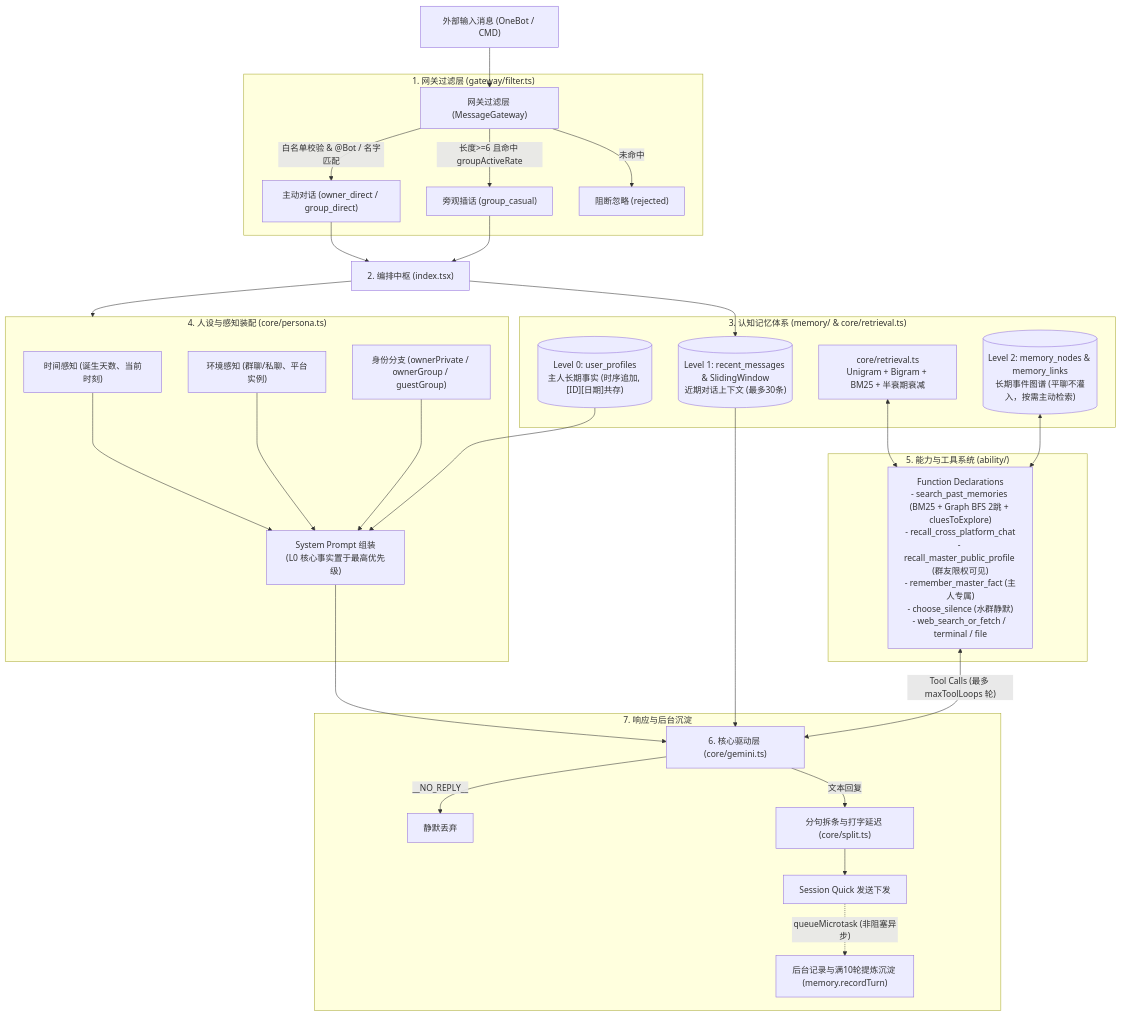
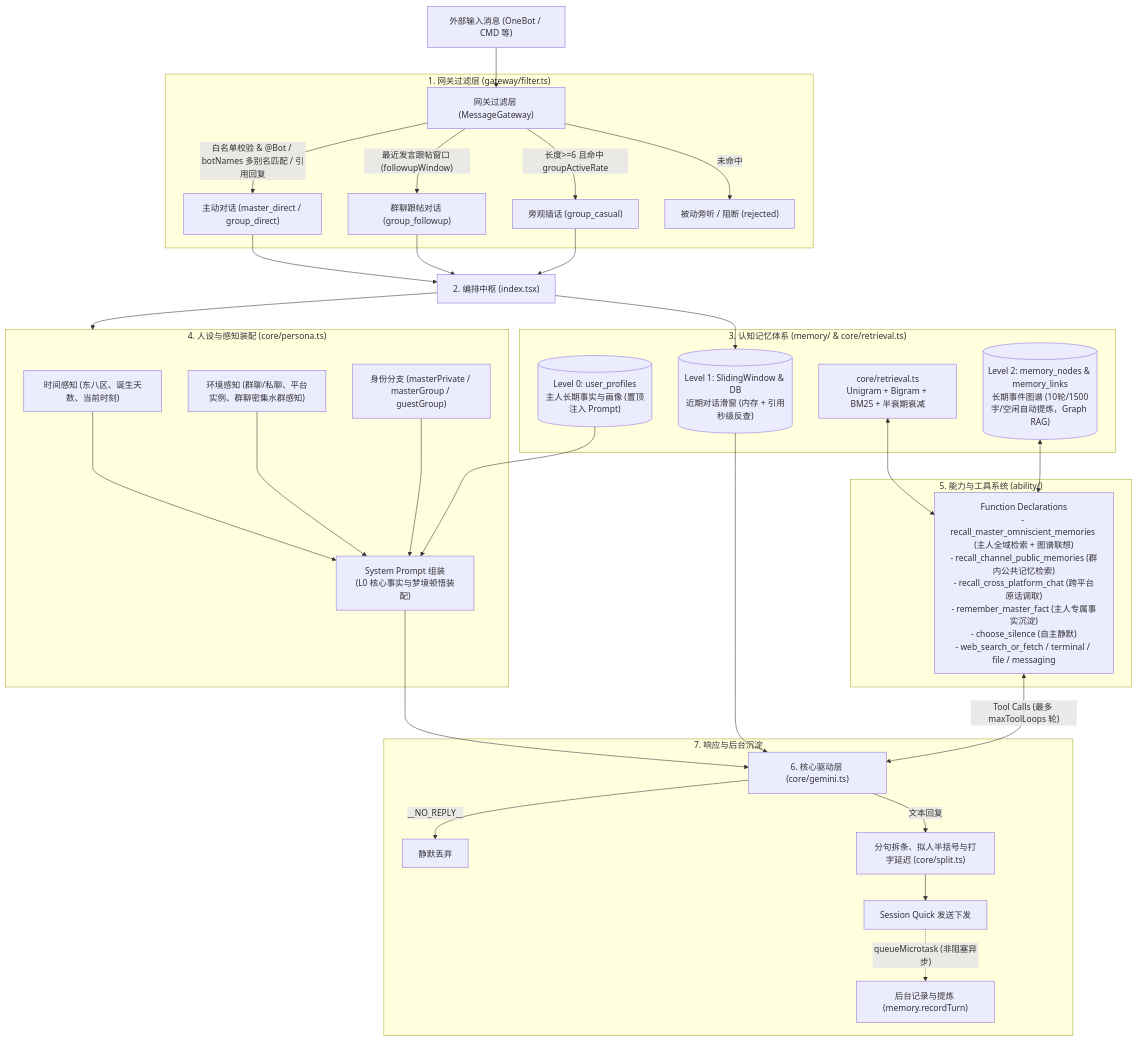
One commit to biyuehu/animaone changed the diagram in README.md. Above: the diagram before and after it, drawn with Mermaid. The commit also changed other lines of this file and 2 other files, not shown here.

Commit message:
docs: sync architectural specs, update README, and track negative timeout warning

````diff
--- a/README.md
+++ b/README.md
@@ -9,52 +9,54 @@
 ```mermaid
 flowchart TD
-    Msg["外部输入消息 (OneBot / CMD)"] --> GW["网关过滤层 (MessageGateway)"]
+    Msg["外部输入消息 (OneBot / CMD 等)"] --> GW["网关过滤层 (MessageGateway)"]
 
     subgraph Gateway["1. 网关过滤层 (gateway/filter.ts)"]
-        GW -->|"白名单校验 & @Bot / 名字匹配"| Direct["主动对话 (owner_direct / group_direct)"]
+        GW -->|"白名单校验 & @Bot / botNames 多别名匹配 / 引用回复"| Direct["主动对话 (master_direct / group_direct)"]
+        GW -->|"最近发言跟帖窗口 (followupWindow)"| Followup["群聊跟帖对话 (group_followup)"]
         GW -->|"长度>=6 且命中 groupActiveRate"| Casual["旁观插话 (group_casual)"]
-        GW -->|"未命中"| Reject["阻断忽略 (rejected)"]
+        GW -->|"未命中"| Reject["被动旁听 / 阻断 (rejected)"]
     end
 
     Direct --> Core["2. 编排中枢 (index.tsx)"]
+    Followup --> Core
     Casual --> Core
 
     subgraph MemoryLayer["3. 认知记忆体系 (memory/ & core/retrieval.ts)"]
-        L0[("Level 0: user_profiles<br/>主人长期事实 (时序追加, [ID][日期]共存)")]
-        L1[("Level 1: recent_messages & SlidingWindow<br/>近期对话上下文 (最多30条)")]
-        L2[("Level 2: memory_nodes & memory_links<br/>长期事件图谱 (平聊不灌入，按需主动检索)")]
+        L0[("Level 0: user_profiles<br/>主人长期事实与画像 (置顶注入 Prompt)")]
+        L1[("Level 1: SlidingWindow & DB<br/>近期对话滑窗 (内存 + 引用秒级反查)")]
+        L2[("Level 2: memory_nodes & memory_links<br/>长期事件图谱 (10轮/1500字/空闲自动提炼，Graph RAG)")]
         BM25["core/retrieval.ts<br/>Unigram + Bigram + BM25 + 半衰期衰减"]
     end
 
     subgraph Persona["4. 人设与感知装配 (core/persona.ts)"]
-        SysTime["时间感知 (诞生天数、当前时刻)"]
-        Env["环境感知 (群聊/私聊、平台实例)"]
-        Identity["身份分支 (ownerPrivate / ownerGroup / guestGroup)"]
-        Prompt["System Prompt 组装<br/>(L0 核心事实置于最高优先级)"]
+        SysTime["时间感知 (东八区、诞生天数、当前时刻)"]
+        Env["环境感知 (群聊/私聊、平台实例、群聊密集水群感知)"]
+        Identity["身份分支 (masterPrivate / masterGroup / guestGroup)"]
+        Prompt["System Prompt 组装<br/>(L0 核心事实与梦境顿悟装配)"]
 
         SysTime --> Prompt
         Env --> Prompt
         Identity --> Prompt
         L0 --> Prompt
     end
 
     Core --> Persona
     Core --> L1
 
     subgraph Ability["5. 能力与工具系统 (ability/)"]
-        Tools["Function Declarations<br/>- search_past_memories (BM25 + Graph BFS 2跳 + cluesToExplore)<br/>- recall_cross_platform_chat<br/>- recall_master_public_profile (群友限权可见)<br/>- remember_master_fact (主人专属)<br/>- choose_silence (水群静默)<br/>- web_search_or_fetch / terminal / file"]
+        Tools["Function Declarations<br/>- recall_master_omniscient_memories (主人全域检索 + 图谱联想)<br/>- recall_channel_public_memories (群内公共记忆检索)<br/>- recall_cross_platform_chat (跨平台原话调取)<br/>- remember_master_fact (主人专属事实沉淀)<br/>- choose_silence (自主静默)<br/>- web_search_or_fetch / terminal / file / messaging"]
     end
 
     Prompt --> Gemini["6. 核心驱动层 (core/gemini.ts)"]
     L1 --> Gemini
     Tools <-->|"Tool Calls (最多 maxToolLoops 轮)"| Gemini
     BM25 <--> Tools
     L2 <--> Tools
 
     subgraph Output["7. 响应与后台沉淀"]
         Gemini -->|"__NO_REPLY__"| Drop["静默丢弃"]
-        Gemini -->|"文本回复"| Split["分句拆条与打字延迟 (core/split.ts)"]
+        Gemini -->|"文本回复"| Split["分句拆条、拟人半括号与打字延迟 (core/split.ts)"]
         Split --> Session["Session Quick 发送下发"]
-        Session -.->|"queueMicrotask (非阻塞异步)"| Compact["后台记录与满10轮提炼沉淀 (memory.recordTurn)"]
+        Session -.->|"queueMicrotask (非阻塞异步)"| Record["后台记录与提炼 (memory.recordTurn)"]
     end
 ```
````
